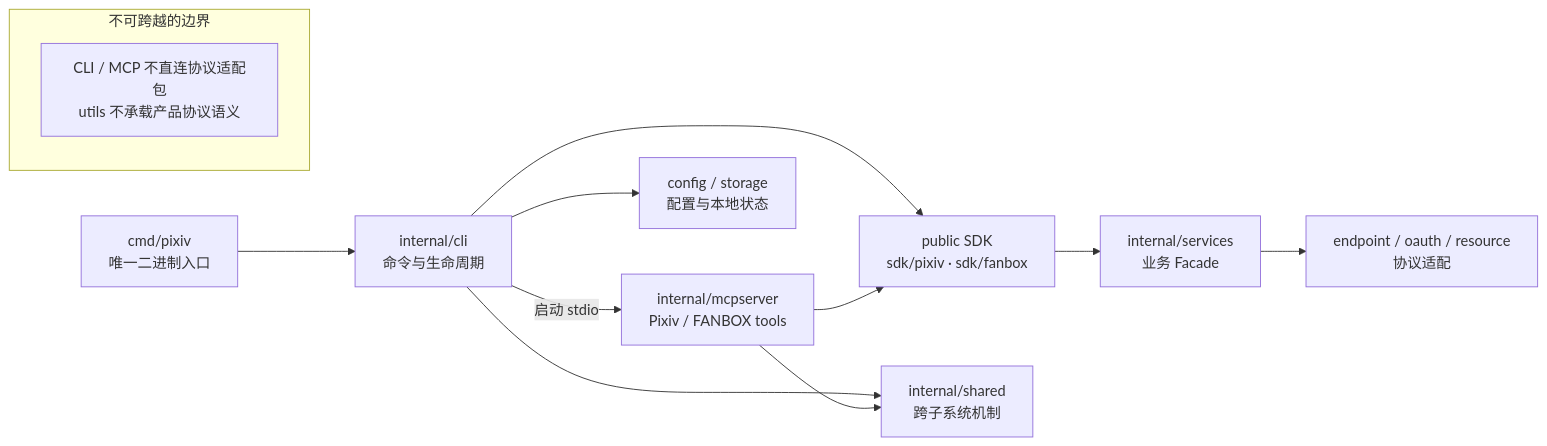
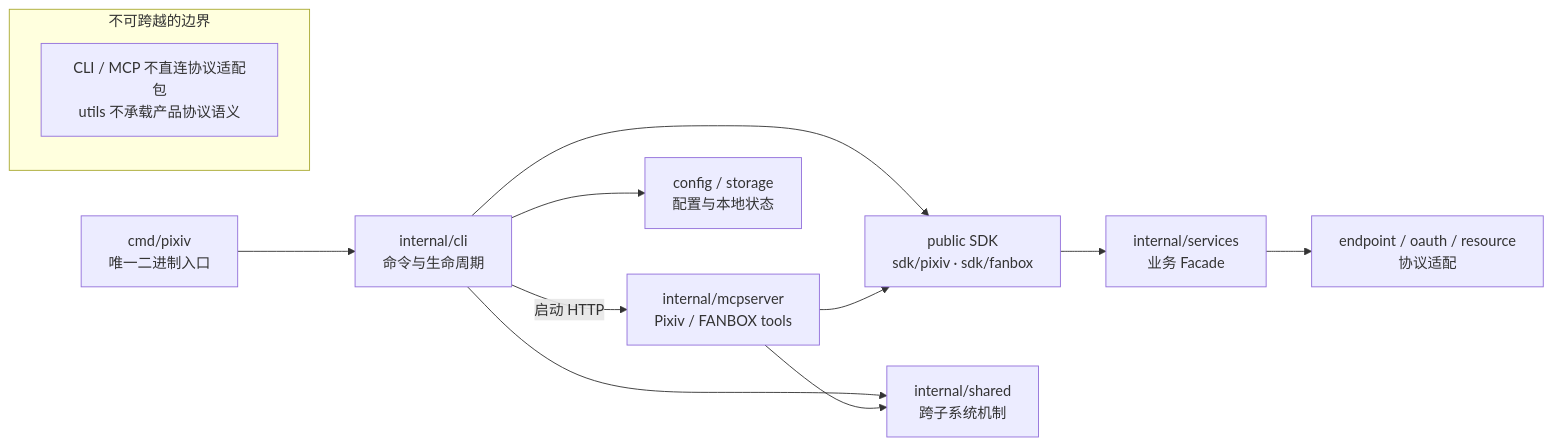
One commit to FlanChanXwO/pixiv-cli changed the diagram in docs/zh-CN/maintainers/architecture.md. Above: the diagram before and after it, drawn with Mermaid. The commit also changed other lines of this file and 38 other files, not shown here.

Commit message:
feat(mcp)!: replace stdio with authenticated HTTP (T10)

````diff
--- a/docs/zh-CN/maintainers/architecture.md
+++ b/docs/zh-CN/maintainers/architecture.md
@@ -5,16 +5,16 @@
 ```mermaid
 flowchart LR
     ENTRY["cmd/pixiv<br/>唯一二进制入口"] --> CLI["internal/cli<br/>命令与生命周期"]
-    CLI -->|"启动 stdio"| MCP["internal/mcpserver<br/>Pixiv / FANBOX tools"]
+    CLI -->|"启动 HTTP"| MCP["internal/mcpserver<br/>Pixiv / FANBOX tools"]
     CLI --> SDK["public SDK<br/>sdk/pixiv · sdk/fanbox"]
     MCP --> SDK
     SDK --> FACADE["internal/services<br/>业务 Facade"]
     FACADE --> ADAPTER["endpoint / oauth / resource<br/>协议适配"]
     CLI --> SHARED["internal/shared<br/>跨子系统机制"]
     MCP --> SHARED
     CLI --> STATE["config / storage<br/>配置与本地状态"]
 
     subgraph boundary["不可跨越的边界"]
         RULE["CLI / MCP 不直连协议适配包<br/>utils 不承载产品协议语义"]
     end
 ```
````
